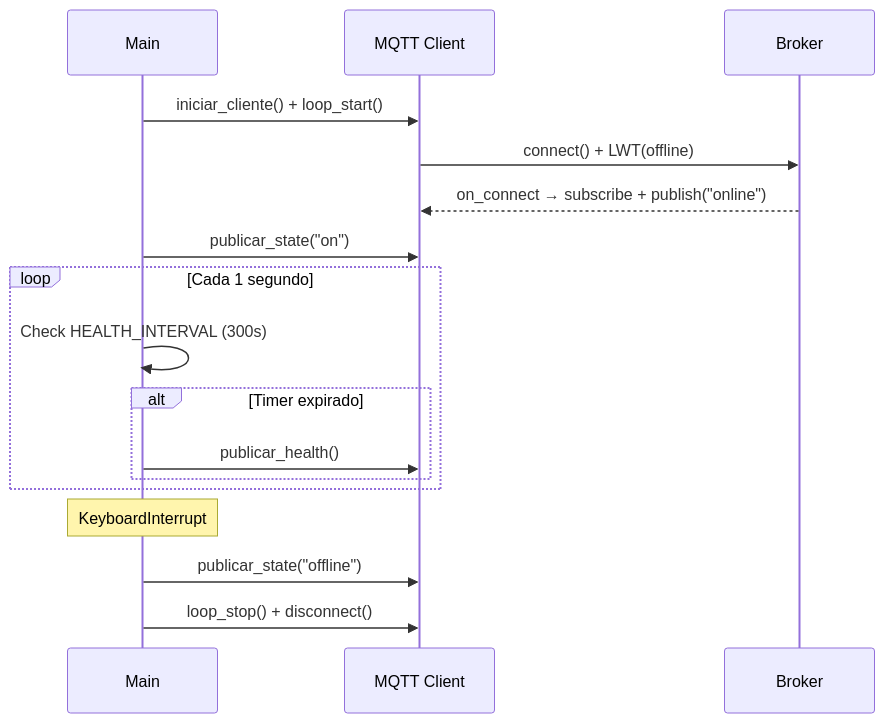
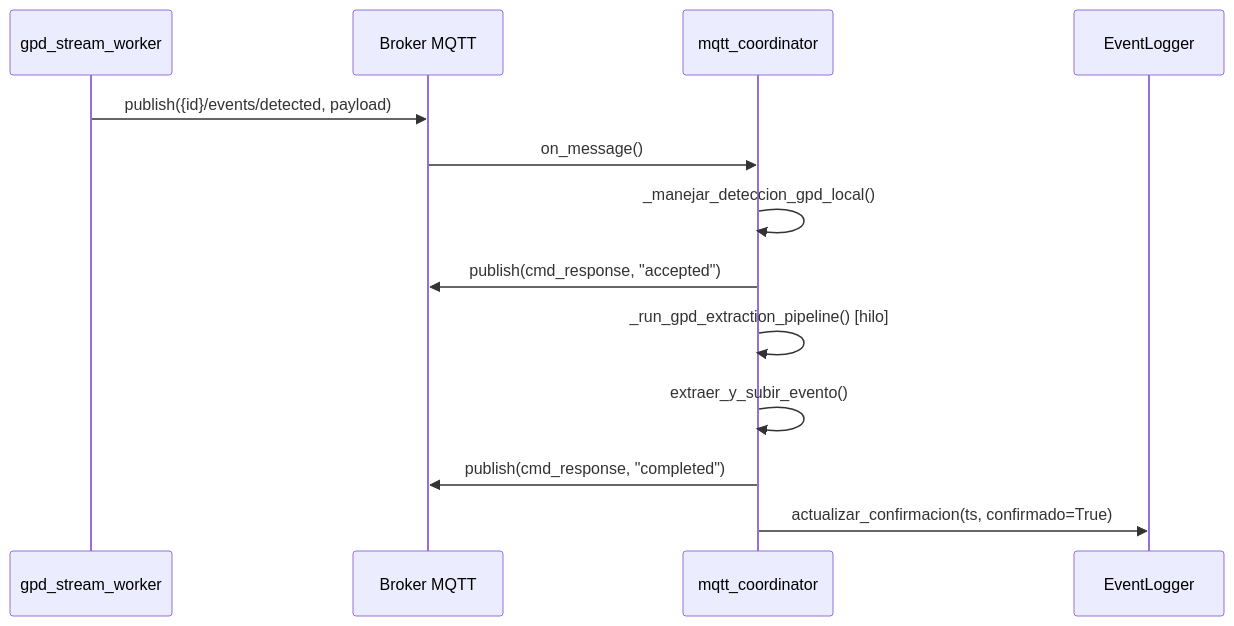
The second of 2 diagrams in docs/context/mqtt_coordinator_context.md (Red-Sismica-del-Austro/RSA-Acelerografo), drawn with Mermaid before and after one commit. The commit also changed other lines of this file and 3 other files, not shown here.

Commit message:
docs: actualizacion de contexto tecnico - crear contextos tecnicos event_logger y structured_logger - actualizar contextos gpd_stream_worker y mqtt_coordinator con cambios fase 4

````diff
--- a/docs/context/mqtt_coordinator_context.md
+++ b/docs/context/mqtt_coordinator_context.md
@@ -198,20 +52,16 @@
 ```mermaid
 sequenceDiagram
-    participant Main
-    participant Client as MQTT Client
-    participant Broker
+    participant W as gpd_stream_worker
+    participant B as Broker MQTT
+    participant C as mqtt_coordinator
+    participant EL as EventLogger
 
-    Main->>Client: iniciar_cliente() + loop_start()
-    Client->>Broker: connect() + LWT(offline)
-    Broker-->>Client: on_connect → subscribe + publish("online")
-    Main->>Client: publicar_state("on")
-    loop Cada 1 segundo
-        Main->>Main: Check HEALTH_INTERVAL (300s)
-        alt Timer expirado
-            Main->>Client: publicar_health()
-        end
-    end
-    Note over Main: KeyboardInterrupt
-    Main->>Client: publicar_state("offline")
-    Main->>Client: loop_stop() + disconnect()
+    W->>B: publish({id}/events/detected, payload)
+    B->>C: on_message()
+    C->>C: _manejar_deteccion_gpd_local()
+    C->>B: publish(cmd_response, "accepted")
+    C->>C: _run_gpd_extraction_pipeline() [hilo]
+    C->>C: extraer_y_subir_evento()
+    C->>B: publish(cmd_response, "completed")
+    C->>EL: actualizar_confirmacion(ts, confirmado=True)
 ```
````
